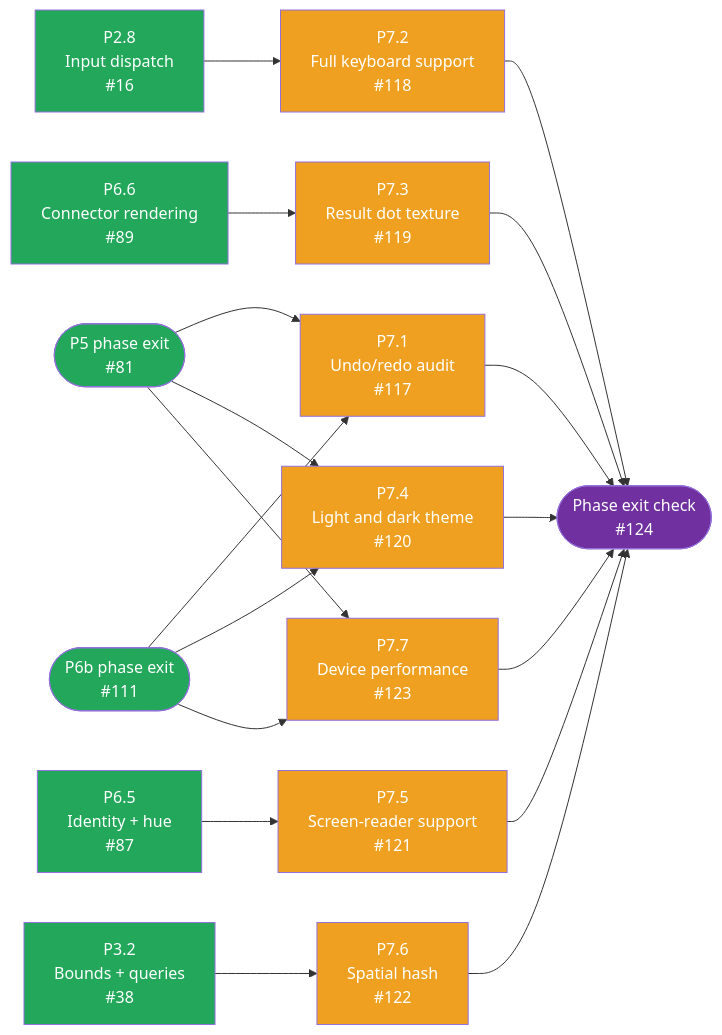
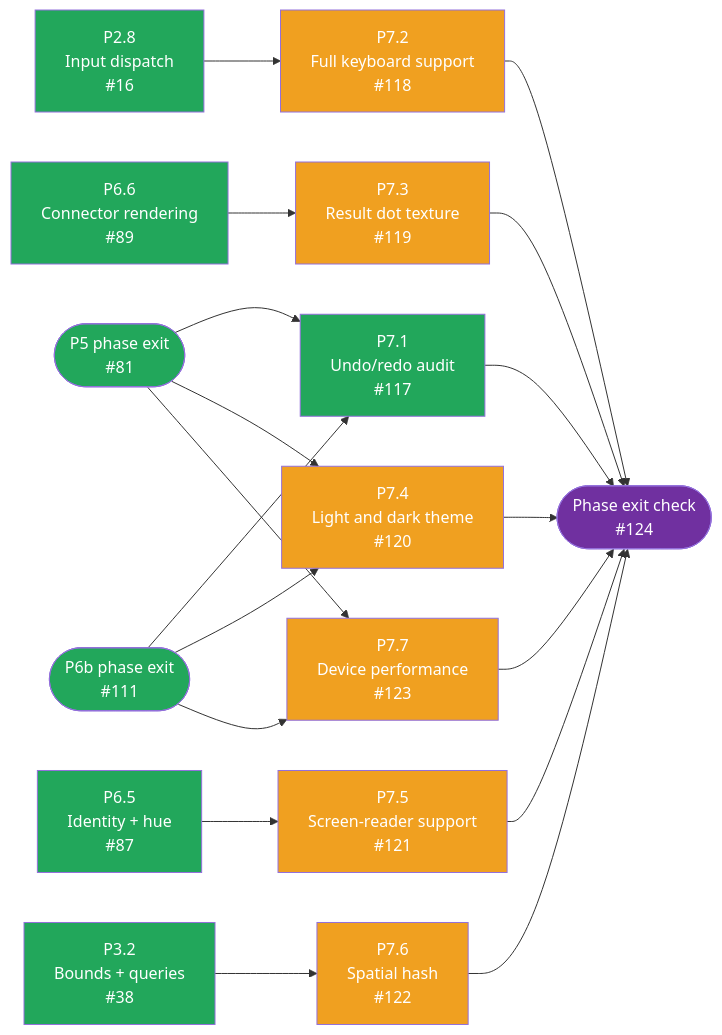
The seventh of 7 diagrams in docs/DEVELOPMENT_PLAN.md (tousifosman/CalcMind), drawn with Mermaid before and after one commit. The commit also changed other lines of this file and 8 other files, not shown here.

````diff
--- a/docs/DEVELOPMENT_PLAN.md
+++ b/docs/DEVELOPMENT_PLAN.md
@@ -1318,51 +1318,51 @@
 ```mermaid
 flowchart LR
     P5EXIT(["P5 phase exit<br/>#81"])
     P6bEXIT(["P6b phase exit<br/>#111"])
     P28["P2.8<br/>Input dispatch<br/>#16"]
     P32["P3.2<br/>Bounds + queries<br/>#38"]
     P65["P6.5<br/>Identity + hue<br/>#87"]
     P66["P6.6<br/>Connector rendering<br/>#89"]
     P71["P7.1<br/>Undo/redo audit<br/>#117"]
     P72["P7.2<br/>Full keyboard support<br/>#118"]
     P73["P7.3<br/>Result dot texture<br/>#119"]
     P74["P7.4<br/>Light and dark theme<br/>#120"]
     P75["P7.5<br/>Screen-reader support<br/>#121"]
     P76["P7.6<br/>Spatial hash<br/>#122"]
     P77["P7.7<br/>Device performance<br/>#123"]
     EXIT(["Phase exit check<br/>#124"])
 
     P5EXIT --> P71
     P6bEXIT --> P71
     P28 --> P72
     P66 --> P73
     P5EXIT --> P74
     P6bEXIT --> P74
     P65 --> P75
     P32 --> P76
     P5EXIT --> P77
     P6bEXIT --> P77
 
     P71 --> EXIT
     P72 --> EXIT
     P73 --> EXIT
     P74 --> EXIT
     P75 --> EXIT
     P76 --> EXIT
     P77 --> EXIT
 
     style P5EXIT fill:#22A75B,color:#fff
     style P6bEXIT fill:#22A75B,color:#fff
     style P28 fill:#22A75B,color:#fff
     style P32 fill:#22A75B,color:#fff
     style P65 fill:#22A75B,color:#fff
     style P66 fill:#22A75B,color:#fff
-    style P71 fill:#F0A020,color:#fff
+    style P71 fill:#22A75B,color:#fff
     style P72 fill:#F0A020,color:#fff
     style P73 fill:#F0A020,color:#fff
     style P74 fill:#F0A020,color:#fff
     style P75 fill:#F0A020,color:#fff
     style P76 fill:#F0A020,color:#fff
     style P77 fill:#F0A020,color:#fff
     style EXIT fill:#7030A0,color:#fff
 ```
````
